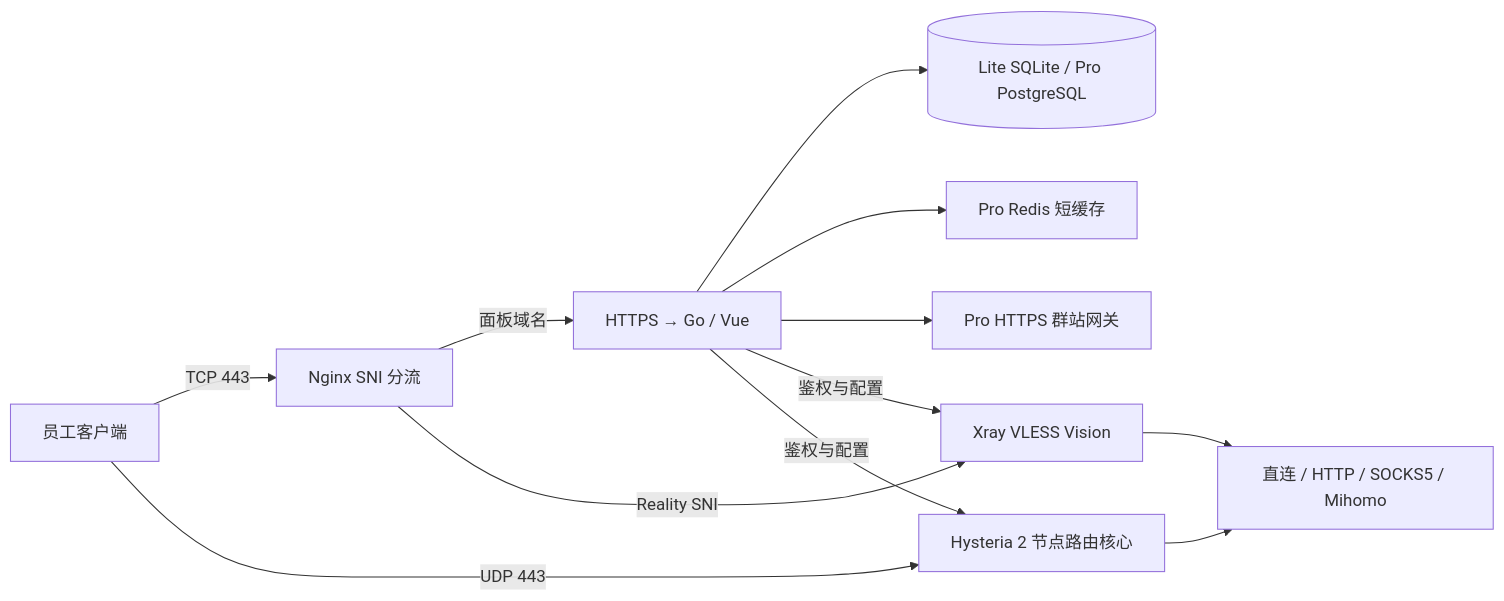
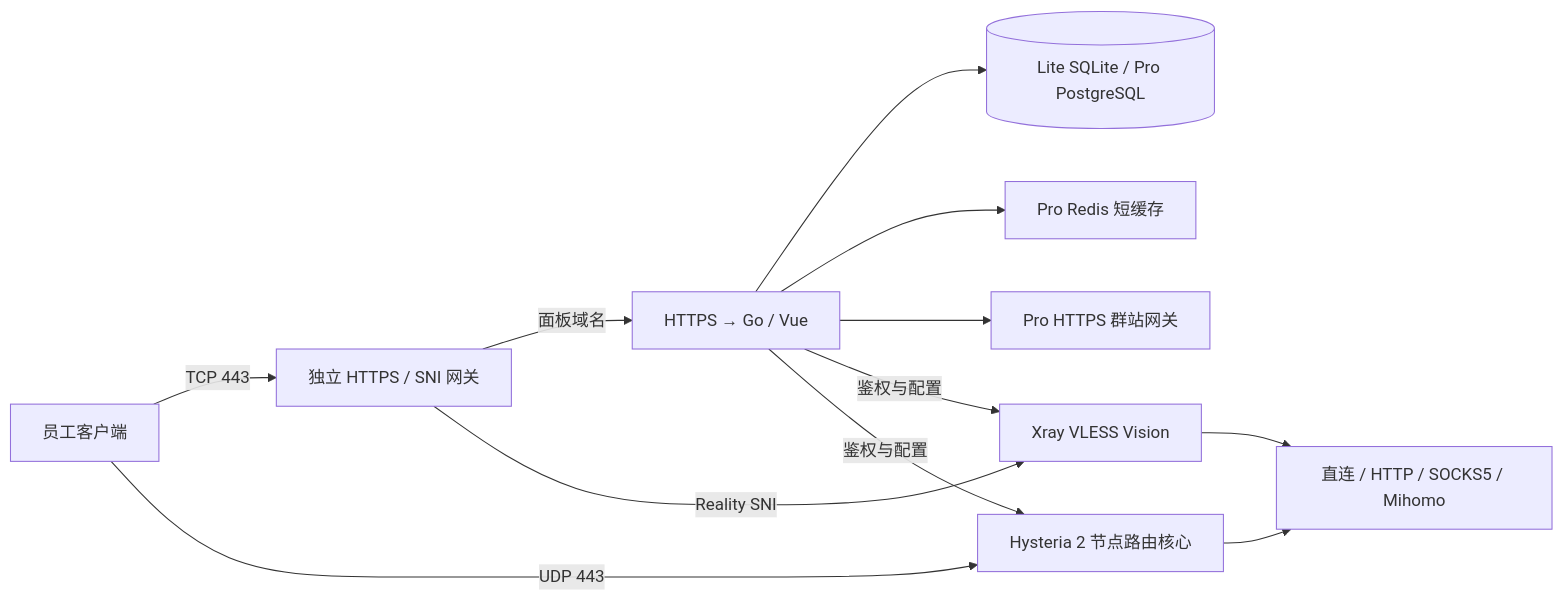
Before and after one commit to wudi000888-svg/guangyue-panel: the diagram in README.md, drawn with Mermaid. The commit also changed other lines of this file and 80 other files, not shown here.

````diff
--- a/README.md
+++ b/README.md
@@ -109,14 +109,14 @@
 ```mermaid
 flowchart LR
-    User[员工客户端] -->|TCP 443| Nginx[Nginx SNI 分流]
-    Nginx -->|面板域名| Web[HTTPS → Go / Vue]
-    Nginx -->|Reality SNI| Xray[Xray VLESS Vision]
+    User[员工客户端] -->|TCP 443| Gateway[独立 HTTPS / SNI 网关]
+    Gateway -->|面板域名| Web[HTTPS → Go / Vue]
+    Gateway -->|Reality SNI| Xray[Xray VLESS Vision]
     User -->|UDP 443| HY[Hysteria 2 节点路由核心]
     Web --> DB[(Lite SQLite / Pro PostgreSQL)]
     Web --> Cache[Pro Redis 短缓存]
     Web --> Fleet[Pro HTTPS 群站网关]
     Web -->|鉴权与配置| Xray
     Web -->|鉴权与配置| HY
     Xray --> Exit[直连 / HTTP / SOCKS5 / Mihomo]
     HY --> Exit
 ```
````
